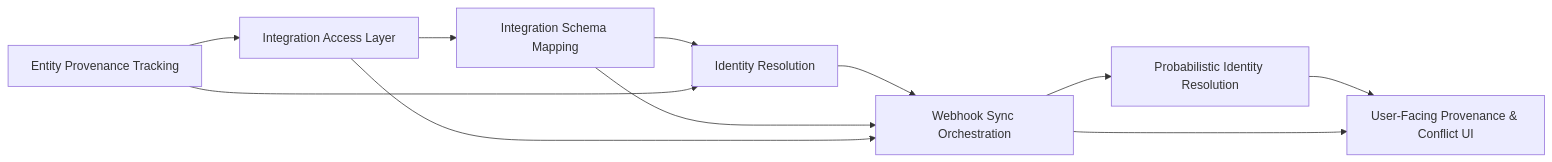
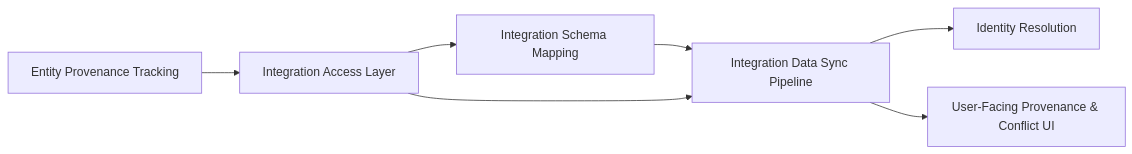
Before and after one commit to rmr-studio/riven: the third of 3 diagrams in docs/system-design/feature-design/_Sub-Domain Plans/Entity Integration Sync.md, drawn with Mermaid. The commit also changed other lines of this file and 5 other files, not shown here.

````diff
--- a/docs/system-design/feature-design/_Sub-Domain Plans/Entity Integration Sync.md
+++ b/docs/system-design/feature-design/_Sub-Domain Plans/Entity Integration Sync.md
@@ -162,13 +170,9 @@
 ```mermaid
 graph LR
-    EPT[Entity Provenance Tracking] --> IAL[Integration Access Layer]
-    IAL --> ISM[Integration Schema Mapping]
-    ISM --> IIR[Identity Resolution]
-    EPT --> IIR
-    IIR --> WSO[Webhook Sync Orchestration]
-    ISM --> WSO
-    IAL --> WSO
-    WSO --> PIR[Probabilistic Identity Resolution]
-    PIR --> UFPC[User-Facing Provenance & Conflict UI]
-    WSO --> UFPC
+    IAL[Integration Access Layer] --> ISM[Integration Schema Mapping]
+    ISM --> IDSP[Integration Data Sync Pipeline]
+    IAL --> IDSP
+    IDSP --> IIR[Identity Resolution]
+    IDSP --> UFPC[User-Facing Provenance & Conflict UI]
+    EPT[Entity Provenance Tracking] --> IAL
 ```
````
